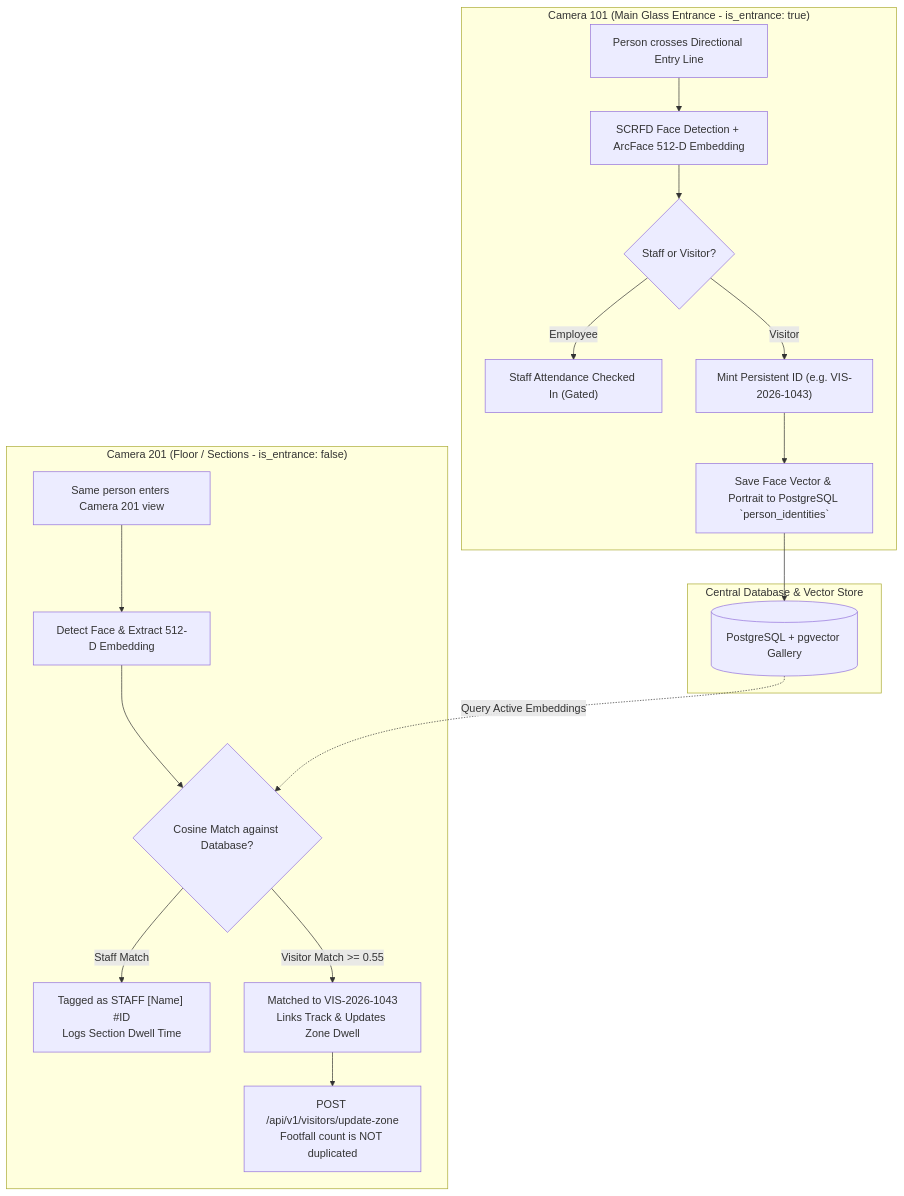
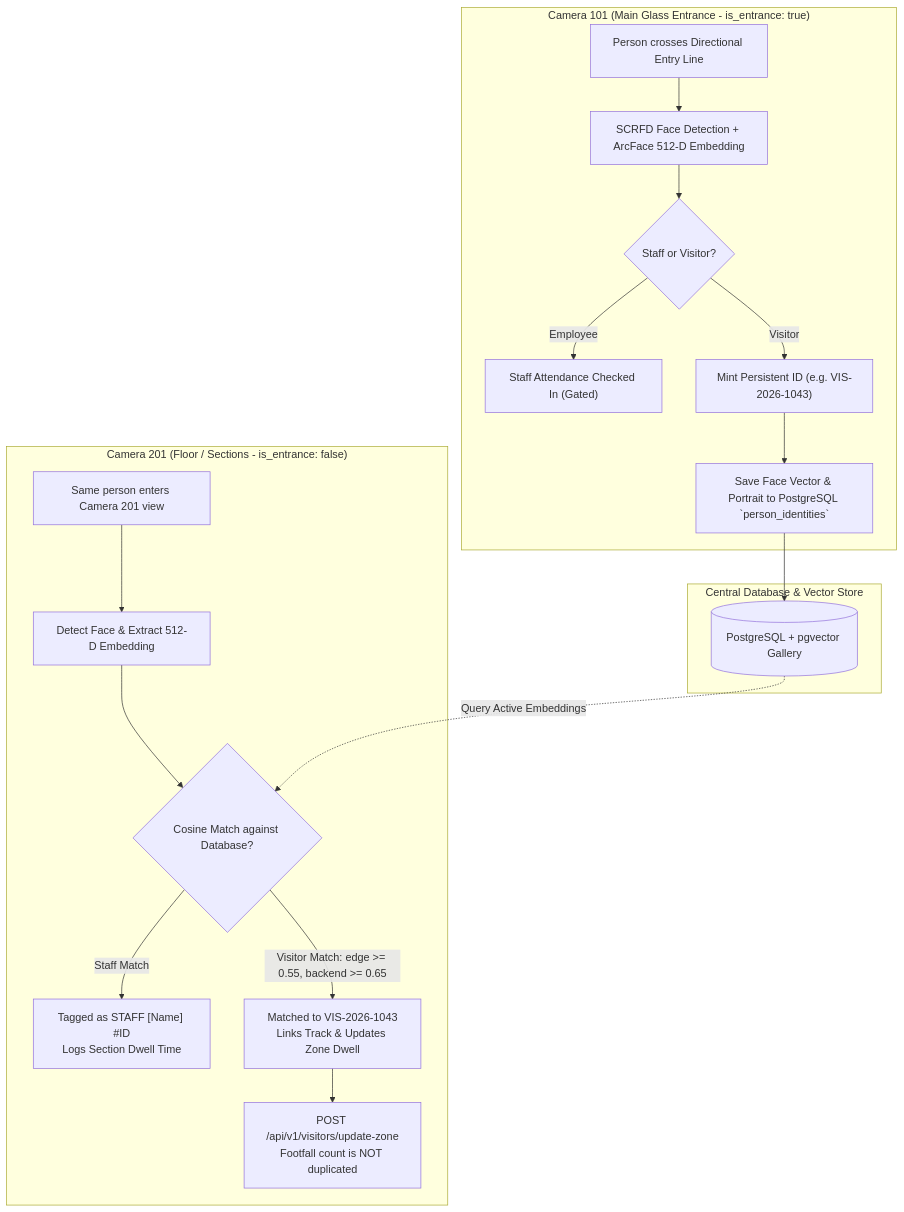
One commit to sujitctpl/jms-tech changed the second of 3 diagrams in README.md. Above: the diagram before and after it, drawn with Mermaid. The commit also changed other lines of this file and 106 other files, not shown here.

````diff
--- a/README.md
+++ b/README.md
@@ -472,23 +480,23 @@
 ```mermaid
 flowchart TD
     subgraph Entrance ["Camera 101 (Main Glass Entrance - is_entrance: true)"]
         E1["Person crosses Directional Entry Line"] --> E2["SCRFD Face Detection + ArcFace 512-D Embedding"]
         E2 --> E3{"Staff or Visitor?"}
         E3 -->|Employee| E4["Staff Attendance Checked In (Gated)"]
         E3 -->|Visitor| E5["Mint Persistent ID (e.g. VIS-2026-1043)"]
         E5 --> E6["Save Face Vector & Portrait to PostgreSQL `person_identities`"]
     end
 
     subgraph CentralDB ["Central Database & Vector Store"]
         E6 --> DB[("PostgreSQL + pgvector Gallery")]
     end
 
     subgraph Interior ["Camera 201 (Floor / Sections - is_entrance: false)"]
         I1["Same person enters Camera 201 view"] --> I2["Detect Face & Extract 512-D Embedding"]
         I2 --> I3{"Cosine Match against Database?"}
         DB -.->|Query Active Embeddings| I3
         I3 -->|Staff Match| I4["Tagged as STAFF [Name] #ID<br/>Logs Section Dwell Time"]
-        I3 -->|Visitor Match >= 0.55| I5["Matched to VIS-2026-1043<br/>Links Track & Updates Zone Dwell"]
+        I3 -->|Visitor Match: edge >= 0.55, backend >= 0.65| I5["Matched to VIS-2026-1043<br/>Links Track & Updates Zone Dwell"]
         I5 --> I6["POST /api/v1/visitors/update-zone<br/>Footfall count is NOT duplicated"]
     end
 ```
````
